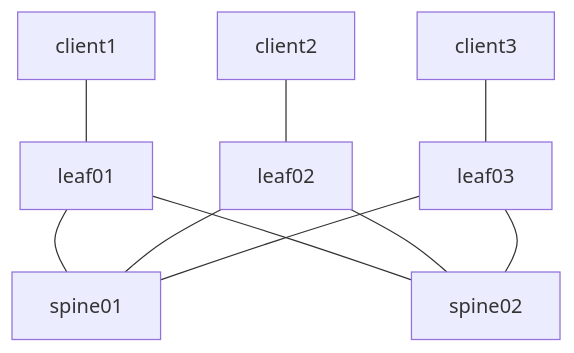
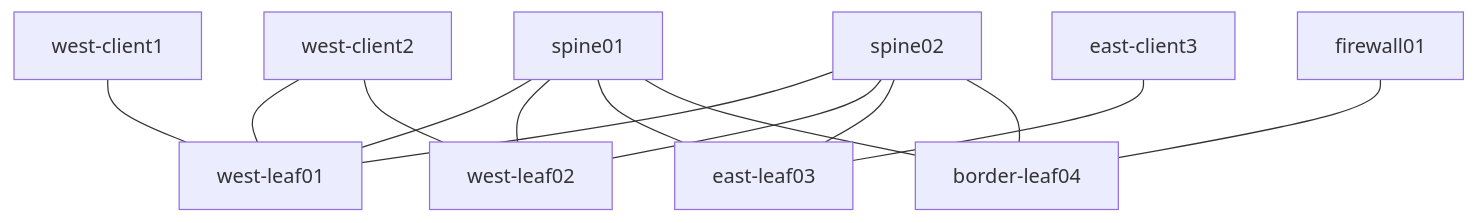
Before and after one commit to dbono711/clab-crpd-evpn-vxlan: the diagram in README.md, drawn with Mermaid. The commit also changed other lines of this file and 33 other files, not shown here.

Commit message:
Add new leaf and firewall; re-assign hosts to regions

````diff
--- a/README.md
+++ b/README.md
@@ -25,12 +25,16 @@
 ```mermaid
 graph TD
-  leaf01---spine01
-  leaf01---spine02
-  leaf02---spine01
-  leaf02---spine02
-  leaf03---spine01
-  leaf03---spine02
-  client1---leaf01
-  client2---leaf02
-  client3---leaf03
+  spine01---west-leaf01
+  spine01---west-leaf02
+  spine01---east-leaf03
+  spine01---border-leaf04
+  spine02---west-leaf01
+  spine02---west-leaf02
+  spine02---east-leaf03
+  spine02---border-leaf04
+  firewall01---border-leaf04
+  west-client1---west-leaf01
+  west-client2---west-leaf01
+  west-client2---west-leaf02
+  east-client3---east-leaf03
 ```
````
